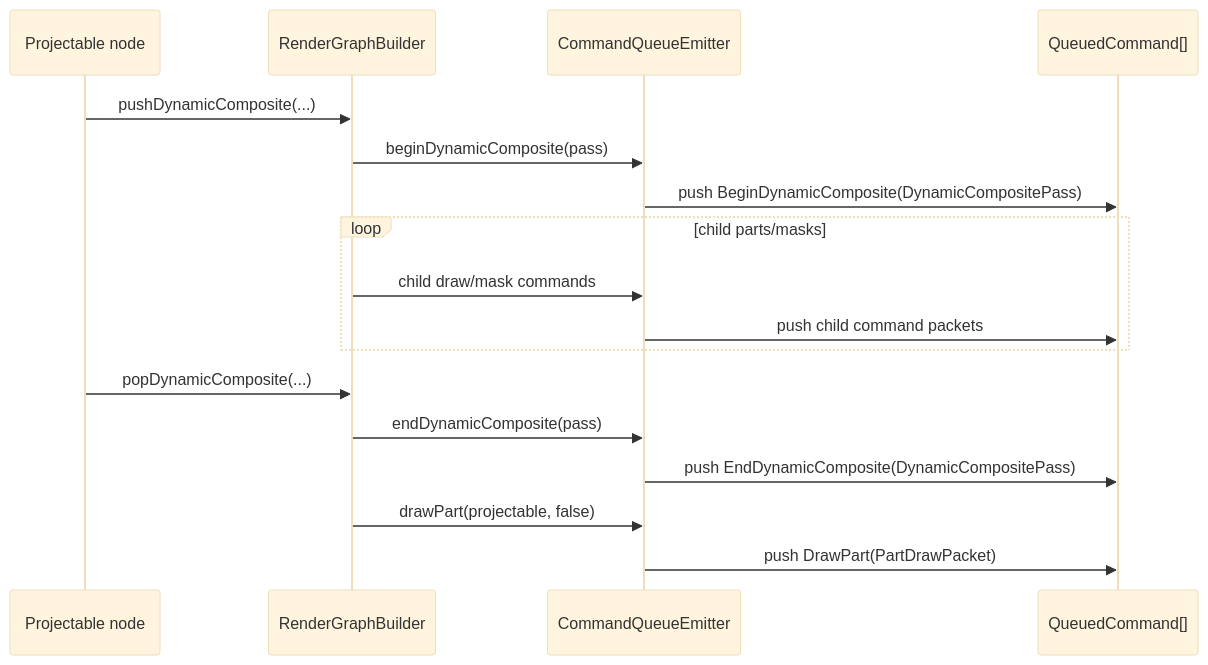
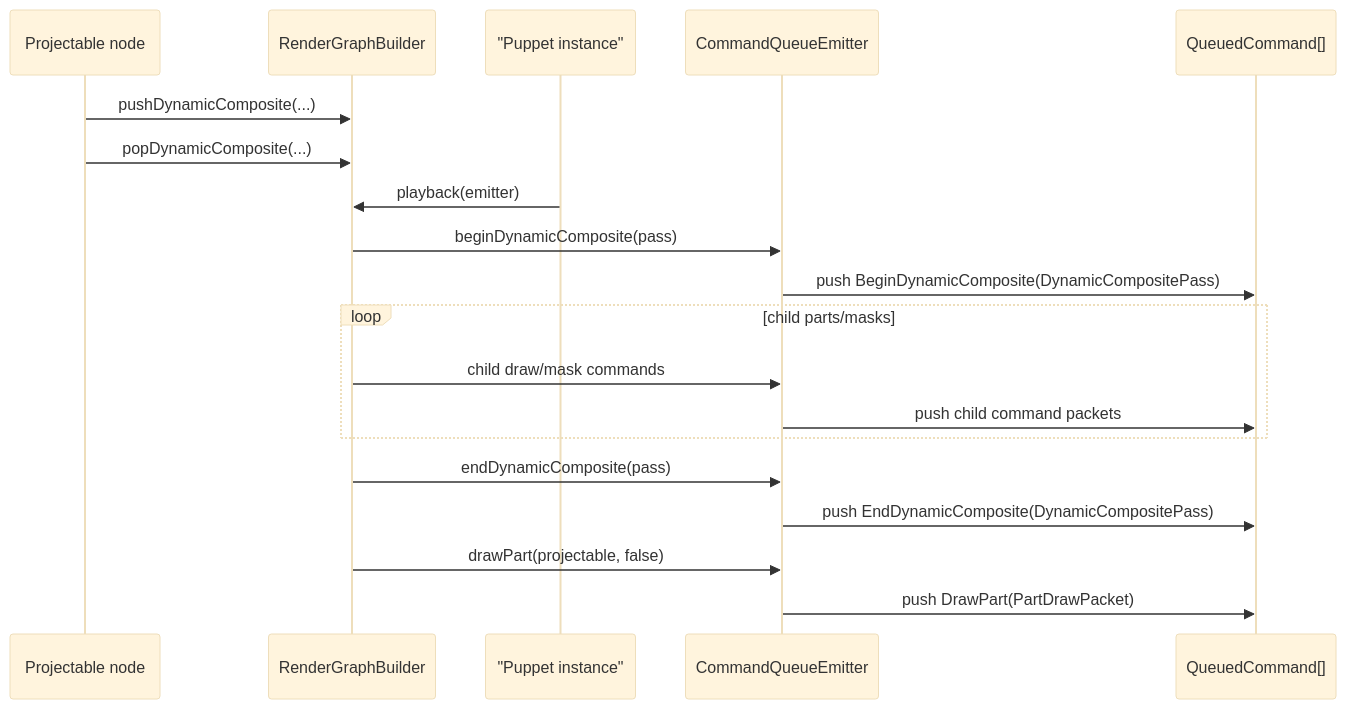
One commit to nijigenerate/nijilive changed the eighth of 20 diagrams in doc/rendering.md. Above: the diagram before and after it, drawn with Mermaid (base theme). The commit also changed other lines of this file, not shown here.

````diff
--- a/doc/rendering.md
+++ b/doc/rendering.md
@@ -414,19 +441,21 @@
 ```mermaid
 sequenceDiagram
     participant Proj as Projectable node
     participant Graph as RenderGraphBuilder
+    participant Puppet as "Puppet instance"
     participant Emitter as CommandQueueEmitter
     participant Queue as QueuedCommand[]
     Proj->>Graph: pushDynamicComposite(...)
+    Proj->>Graph: popDynamicComposite(...)
+    Puppet->>Graph: playback(emitter)
     Graph->>Emitter: beginDynamicComposite(pass)
     Emitter->>Queue: push BeginDynamicComposite(DynamicCompositePass)
     loop child parts/masks
         Graph->>Emitter: child draw/mask commands
         Emitter->>Queue: push child command packets
     end
-    Proj->>Graph: popDynamicComposite(...)
     Graph->>Emitter: endDynamicComposite(pass)
     Emitter->>Queue: push EndDynamicComposite(DynamicCompositePass)
     Graph->>Emitter: drawPart(projectable, false)
     Emitter->>Queue: push DrawPart(PartDrawPacket)
 ```
````
